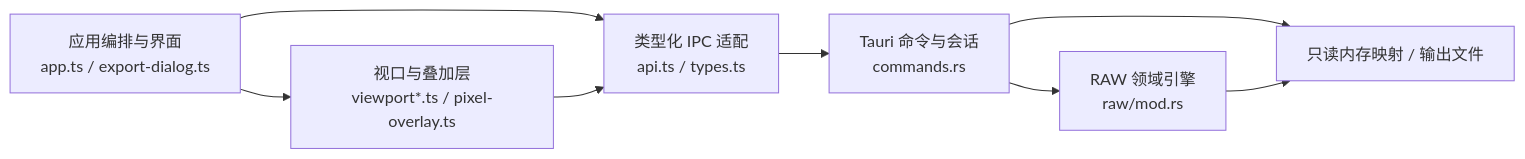
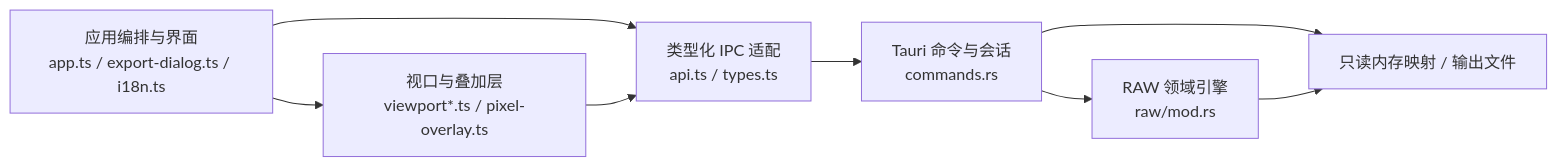
Before and after one commit to woooooooooolf/eRAW: the diagram in docs/ARCHITECTURE.md, drawn with Mermaid. The commit also changed other lines of this file and 24 other files, not shown here.

````diff
--- a/docs/ARCHITECTURE.md
+++ b/docs/ARCHITECTURE.md
@@ -5,17 +5,17 @@
 ```mermaid
 flowchart LR
-    UI["应用编排与界面<br/>app.ts / export-dialog.ts"]
+    UI["应用编排与界面<br/>app.ts / export-dialog.ts / i18n.ts"]
     VP["视口与叠加层<br/>viewport*.ts / pixel-overlay.ts"]
     API["类型化 IPC 适配<br/>api.ts / types.ts"]
     CMD["Tauri 命令与会话<br/>commands.rs"]
     RAW["RAW 领域引擎<br/>raw/mod.rs"]
     FILE["只读内存映射 / 输出文件"]
 
     UI --> VP
     UI --> API
     VP --> API
     API --> CMD
     CMD --> RAW
     CMD --> FILE
     RAW --> FILE
 ```
````
